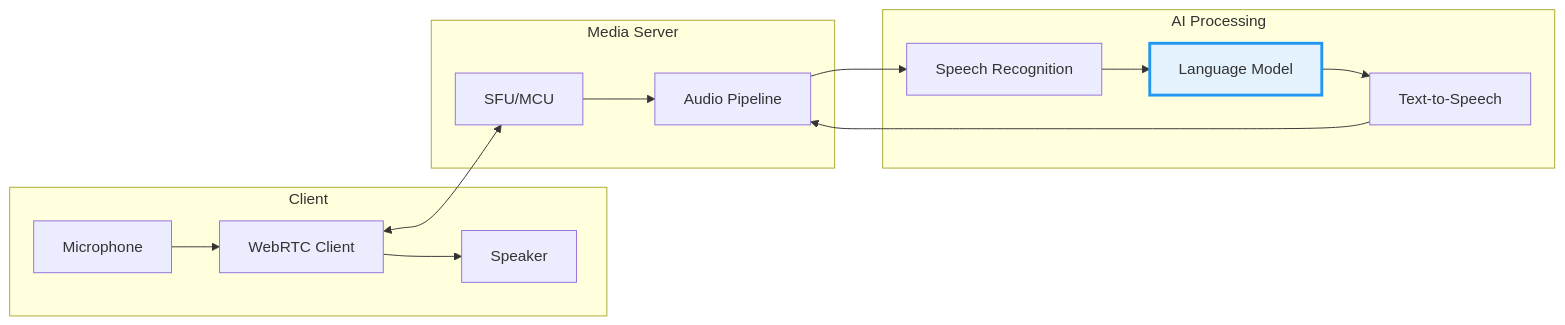
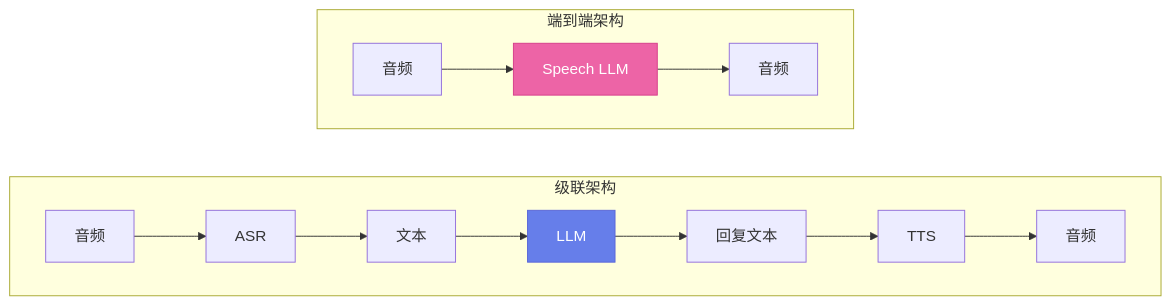
The seventh of 10 diagrams in content/posts/voice-technology/webrtc-voice-ai.md (chicogong/chicogong.github.io), drawn with Mermaid before and after one commit. The commit also changed other lines of this file and 27 other files, not shown here.

````diff
--- a/content/posts/voice-technology/webrtc-voice-ai.md
+++ b/content/posts/voice-technology/webrtc-voice-ai.md
@@ -19,21 +219,17 @@
 ```mermaid
 flowchart LR
-    subgraph Client
-        M[Microphone] --> WR[WebRTC Client]
-        WR --> S[Speaker]
+    subgraph "级联架构"
+        direction LR
+        A1[音频] --> A2[ASR] --> A3[文本]
+        A3 --> A4[LLM] --> A5[回复文本]
+        A5 --> A6[TTS] --> A7[音频]
     end
     
-    subgraph "Media Server"
-        WR <--> MS[SFU/MCU]
-        MS --> AP[Audio Pipeline]
+    subgraph "端到端架构"
+        direction LR
+        B1[音频] --> B2[Speech LLM] --> B3[音频]
     end
     
-    subgraph "AI Processing"
-        AP --> ASR[Speech Recognition]
-        ASR --> LLM[Language Model]
-        LLM --> TTS[Text-to-Speech]
-        TTS --> AP
-    end
-    
-    style LLM fill:#e3f2fd,stroke:#2196f3,stroke-width:3px
+    style A4 fill:#667eea,stroke:#5a67d8,color:#fff
+    style B2 fill:#ed64a6,stroke:#d53f8c,color:#fff
 ```
````
